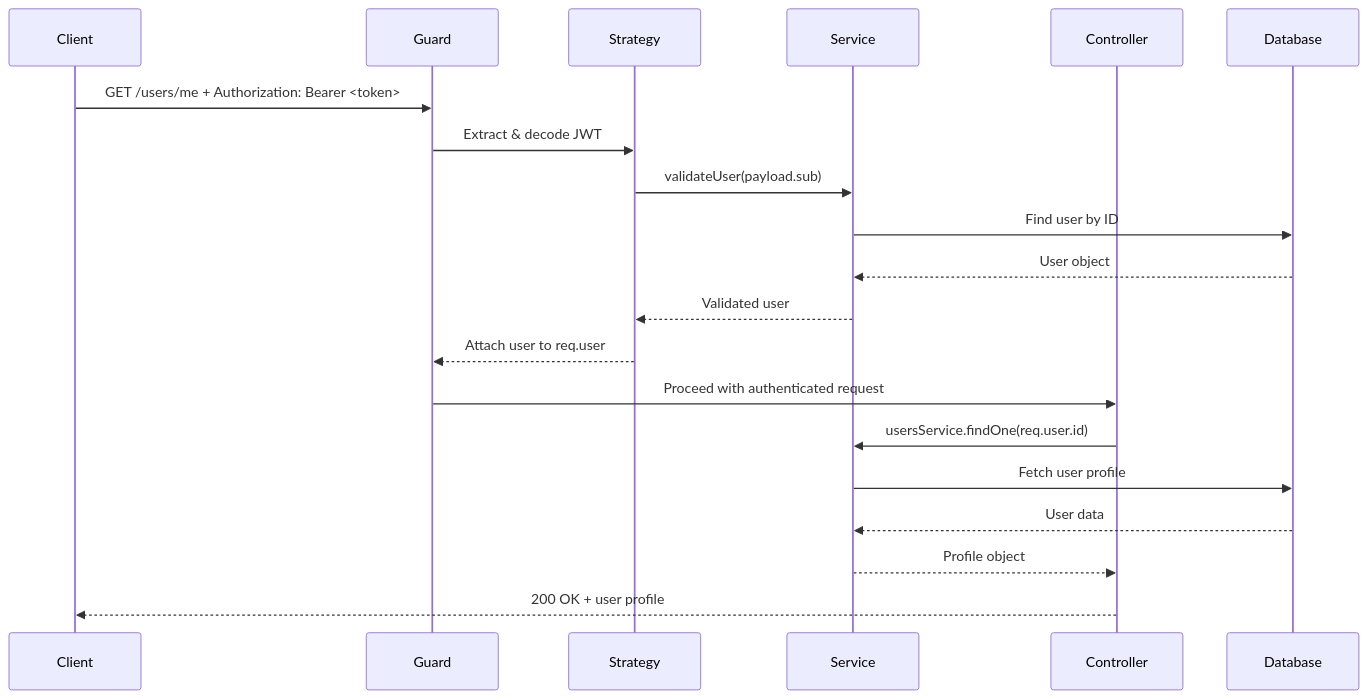
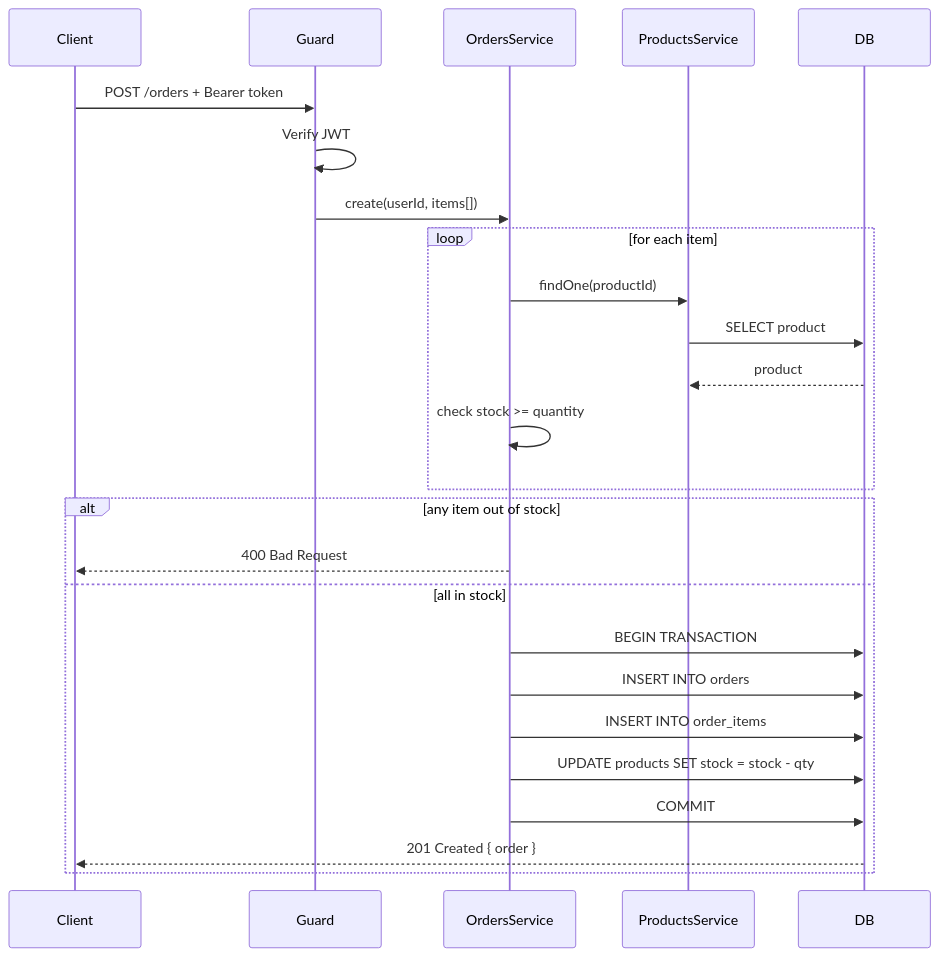
One commit to Jason-Gitau/ecommerce_api changed the fifth of 5 diagrams in README.md. Above: the diagram before and after it, drawn with Mermaid. The commit also changed other lines of this file and 1 other file, not shown here.

````diff
--- a/README.md
+++ b/README.md
@@ -106,22 +160,30 @@
 ```mermaid
 sequenceDiagram
     participant Client
     participant Guard
-    participant Strategy
-    participant Service
-    participant Controller
+    participant OrdersService
+    participant ProductsService
+    participant DB
 
-    Client->>Guard: GET /users/me + Authorization: Bearer <token>
-    Guard->>Strategy: Extract & decode JWT
-    Strategy->>Service: validateUser(payload.sub)
-    Service->>Database: Find user by ID
-    Database-->>Service: User object
-    Service-->>Strategy: Validated user
-    Strategy-->>Guard: Attach user to req.user
-    Guard->>Controller: Proceed with authenticated request
-    Controller->>Service: usersService.findOne(req.user.id)
-    Service->>Database: Fetch user profile
-    Database-->>Service: User data
-    Service-->>Controller: Profile object
-    Controller-->>Client: 200 OK + user profile
+    Client->>Guard: POST /orders + Bearer token
+    Guard->>Guard: Verify JWT
+    Guard->>OrdersService: create(userId, items[])
+
+    loop for each item
+        OrdersService->>ProductsService: findOne(productId)
+        ProductsService->>DB: SELECT product
+        DB-->>ProductsService: product
+        OrdersService->>OrdersService: check stock >= quantity
+    end
+
+    alt any item out of stock
+        OrdersService-->>Client: 400 Bad Request
+    else all in stock
+        OrdersService->>DB: BEGIN TRANSACTION
+        OrdersService->>DB: INSERT INTO orders
+        OrdersService->>DB: INSERT INTO order_items
+        OrdersService->>DB: UPDATE products SET stock = stock - qty
+        OrdersService->>DB: COMMIT
+        DB-->>Client: 201 Created { order }
+    end
 ```
````
